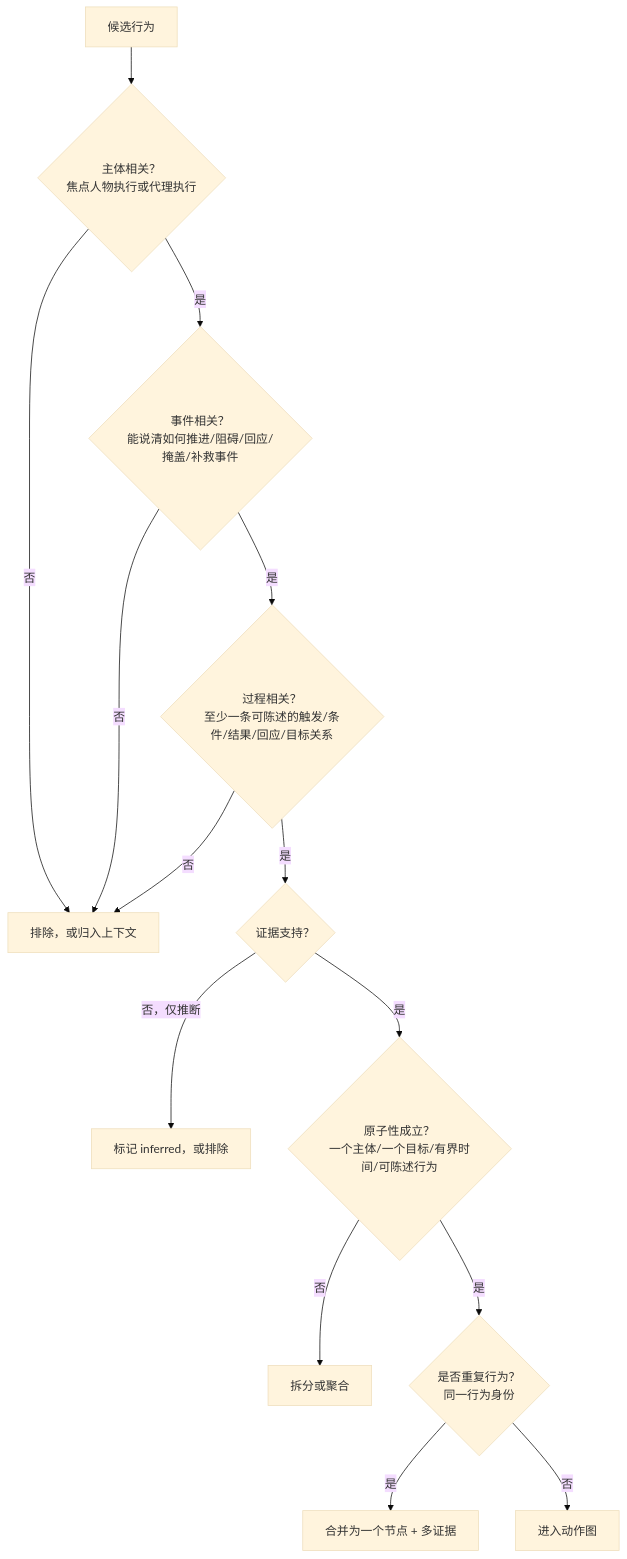
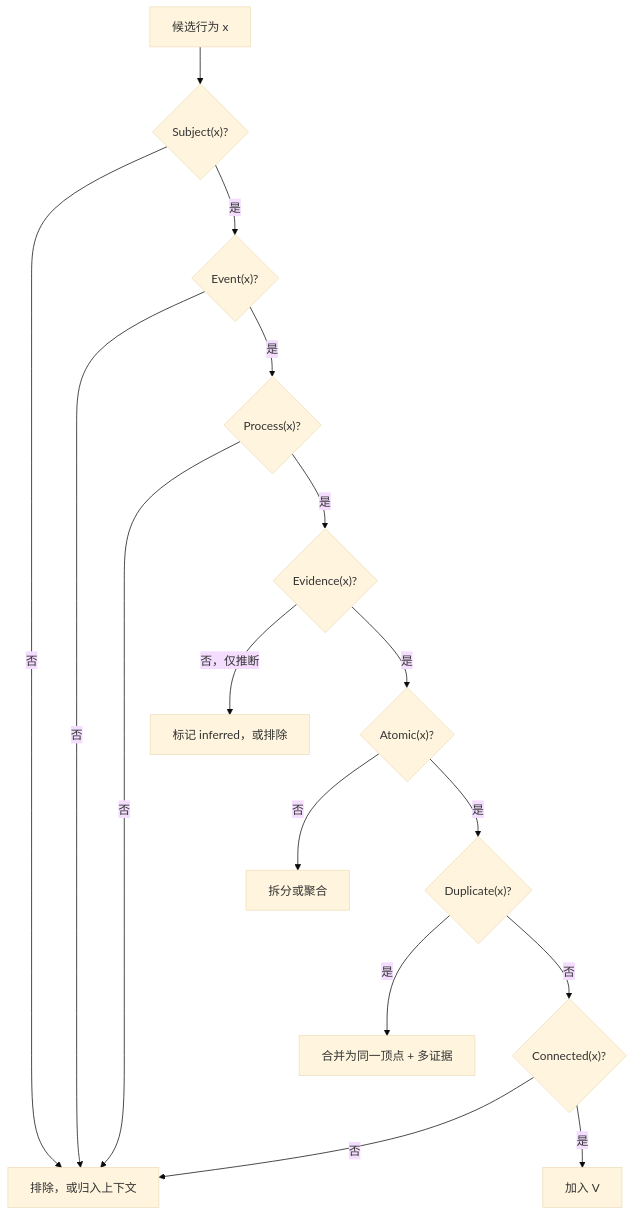
The sixth of 6 diagrams in docs/structures/2-action-graph.md (AgenticFinLab/FinMycelium), drawn with Mermaid (base theme) before and after one commit. The commit also changed other lines of this file and 5 other files, not shown here.

First line of the commit message:
docs: formalize PBG action graph and phase-layer structure

````diff
--- a/docs/structures/2-action-graph.md
+++ b/docs/structures/2-action-graph.md
@@ -106,16 +266,18 @@
 ```mermaid
 flowchart TD
-    X["候选行为"] --> Q1{"主体相关？<br/>焦点人物执行或代理执行"}
+    X["候选行为 x"] --> Q1{"Subject(x)?"}
     Q1 -->|否| OUT["排除，或归入上下文"]
-    Q1 -->|是| Q2{"事件相关？<br/>能说清如何推进/阻碍/回应/掩盖/补救事件"}
+    Q1 -->|是| Q2{"Event(x)?"}
     Q2 -->|否| OUT
-    Q2 -->|是| Q3{"过程相关？<br/>至少一条可陈述的触发/条件/结果/回应/目标关系"}
+    Q2 -->|是| Q3{"Process(x)?"}
     Q3 -->|否| OUT
-    Q3 -->|是| Q4{"证据支持？"}
+    Q3 -->|是| Q4{"Evidence(x)?"}
     Q4 -->|否，仅推断| INF["标记 inferred，或排除"]
-    Q4 -->|是| Q5{"原子性成立？<br/>一个主体/一个目标/有界时间/可陈述行为"}
+    Q4 -->|是| Q5{"Atomic(x)?"}
     Q5 -->|否| SPLIT["拆分或聚合"]
-    Q5 -->|是| Q6{"是否重复行为？<br/>同一行为身份"}
-    Q6 -->|是| DEDUP["合并为一个节点 + 多证据"]
-    Q6 -->|否| IN["进入动作图"]
+    Q5 -->|是| Q6{"Duplicate(x)?"}
+    Q6 -->|是| DEDUP["合并为同一顶点 + 多证据"]
+    Q6 -->|否| Q7{"Connected(x)?"}
+    Q7 -->|否| OUT
+    Q7 -->|是| IN["加入 V"]
 ```
````
